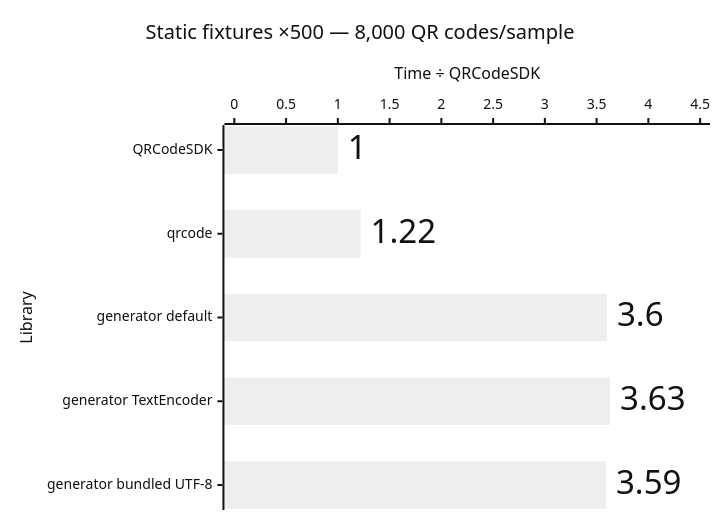
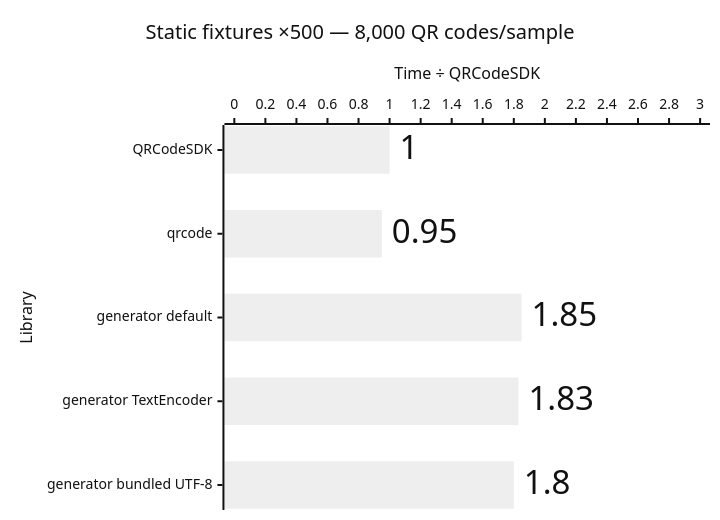
Diagram 11 of 12 in apps/docs/src/content/docs/guides/performance.md (Dafnik/qrcodesdk), drawn with Mermaid (neutral theme) before and after one commit. The commit also changed other lines of this file, not shown here.

````diff
--- a/apps/docs/src/content/docs/guides/performance.md
+++ b/apps/docs/src/content/docs/guides/performance.md
@@ -225,15 +225,15 @@
 ```mermaid
 ---
 config:
   xyChart:
     showDataLabel: true
     showDataLabelOutsideBar: true
 ---
 xychart horizontal
   accTitle: SVG generation: Static fixtures ×500 — 8,000 QR codes/sample
-  accDescr: Relative median time compared with QRCodeSDK. QRCodeSDK 1.00 times, qrcode 1.22 times, generator default 3.60 times, generator TextEncoder 3.63 times, generator bundled UTF-8 3.59 times. Lower is better.
+  accDescr: Relative median time compared with QRCodeSDK. QRCodeSDK 1.00 times, qrcode 0.95 times, generator default 1.85 times, generator TextEncoder 1.83 times, generator bundled UTF-8 1.80 times. Lower is better.
   title "Static fixtures ×500 — 8,000 QR codes/sample"
   x-axis "Library" ["QRCodeSDK", "qrcode", "generator default", "generator TextEncoder", "generator bundled UTF-8"]
-  y-axis "Time ÷ QRCodeSDK" 0 --> 4.5
-  bar [1.00, 1.22, 3.60, 3.63, 3.59]
+  y-axis "Time ÷ QRCodeSDK" 0 --> 3.0
+  bar [1.00, 0.95, 1.85, 1.83, 1.80]
 ```
````
